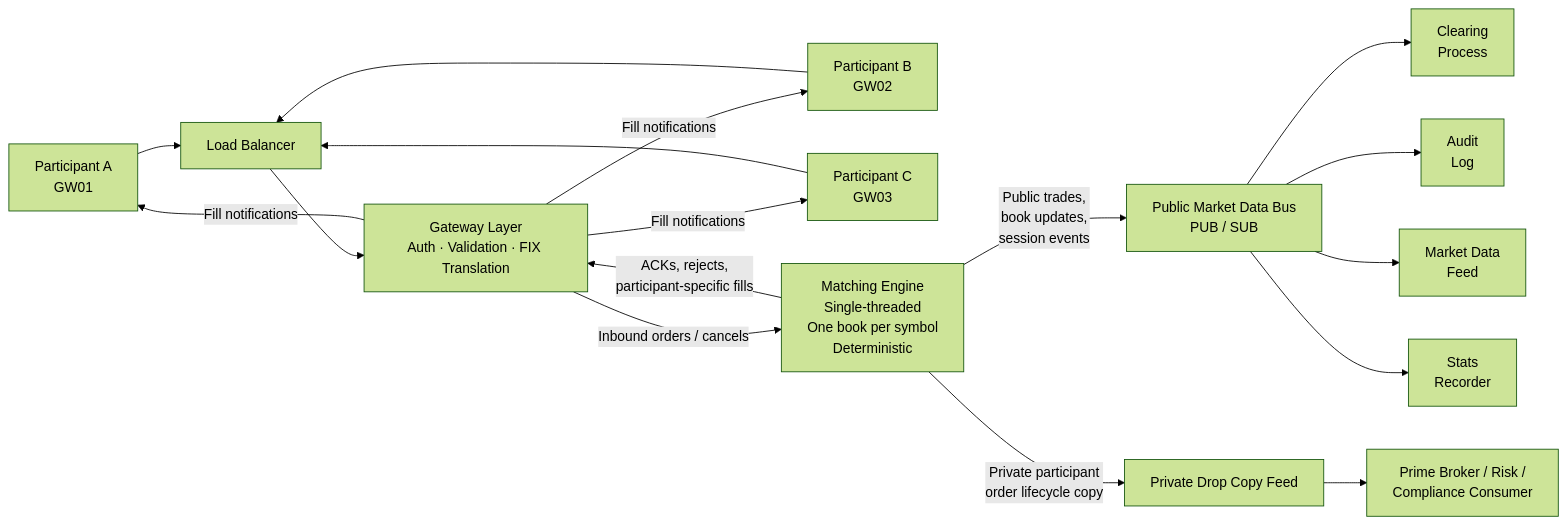
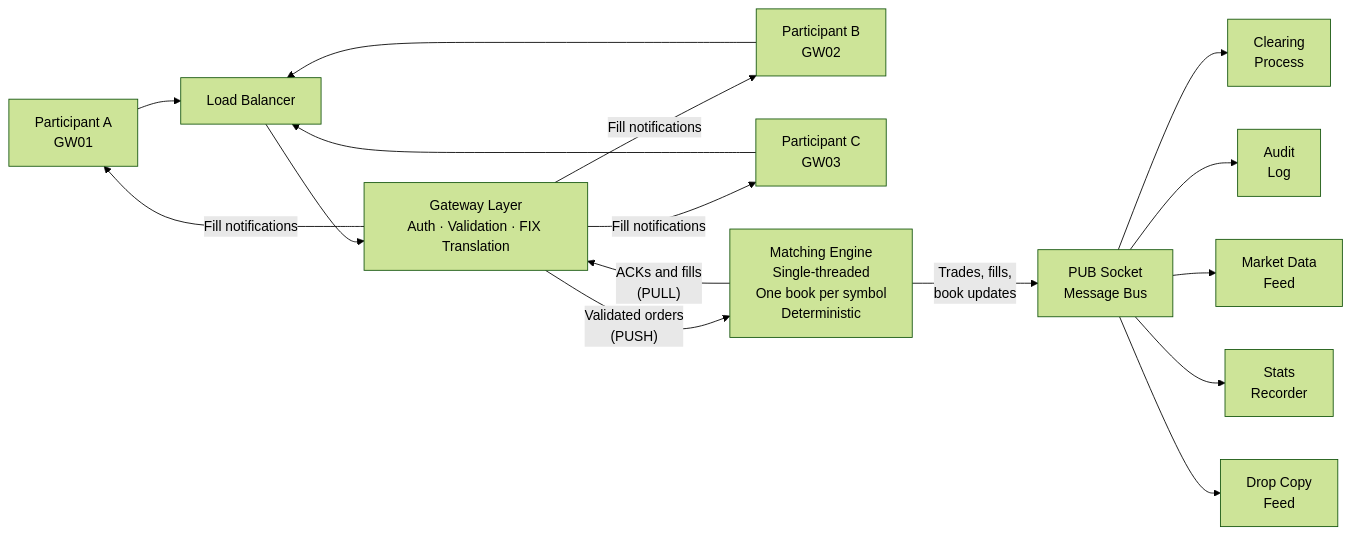
One commit to johan162/EduMatcher changed the tenth of 12 diagrams in docs/how-exchange-works.md. Above: the diagram before and after it, drawn with Mermaid (forest theme). The commit also changed other lines of this file, not shown here.

````diff
--- a/docs/how-exchange-works.md
+++ b/docs/how-exchange-works.md
@@ -1839,24 +2357,22 @@
 ```mermaid
 flowchart LR
     P1["Participant A\nGW01"]
     P2["Participant B\nGW02"]
     P3["Participant C\nGW03"]
     LB["Load Balancer"]
     GW["Gateway Layer\nAuth · Validation · FIX Translation"]
     ME["Matching Engine\nSingle-threaded\nOne book per symbol\nDeterministic"]
-    PUB["Public Market Data Bus\nPUB / SUB"]
+    PUB["PUB Socket\nMessage Bus"]
     CL["Clearing\nProcess"]
     AL["Audit\nLog"]
     MD["Market Data\nFeed"]
     ST["Stats\nRecorder"]
-    DC["Private Drop Copy Feed"]
-    RISK["Prime Broker / Risk /\nCompliance Consumer"]
+    DC["Drop Copy\nFeed"]
 
     P1 & P2 & P3 --> LB --> GW
-    GW -- "Inbound orders / cancels" --> ME
-    ME -- "ACKs, rejects,\nparticipant-specific fills" --> GW
+    GW -- "Validated orders\n(PUSH)" --> ME
+    ME -- "ACKs and fills\n(PULL)" --> GW
     GW -- "Fill notifications" --> P1 & P2 & P3
-    ME -- "Public trades,\nbook updates,\nsession events" --> PUB
-    PUB --> CL & AL & MD & ST
-    ME -- "Private participant\norder lifecycle copy" --> DC --> RISK
+    ME -- "Trades, fills,\nbook updates" --> PUB
+    PUB --> CL & AL & MD & ST & DC
 ```
````
